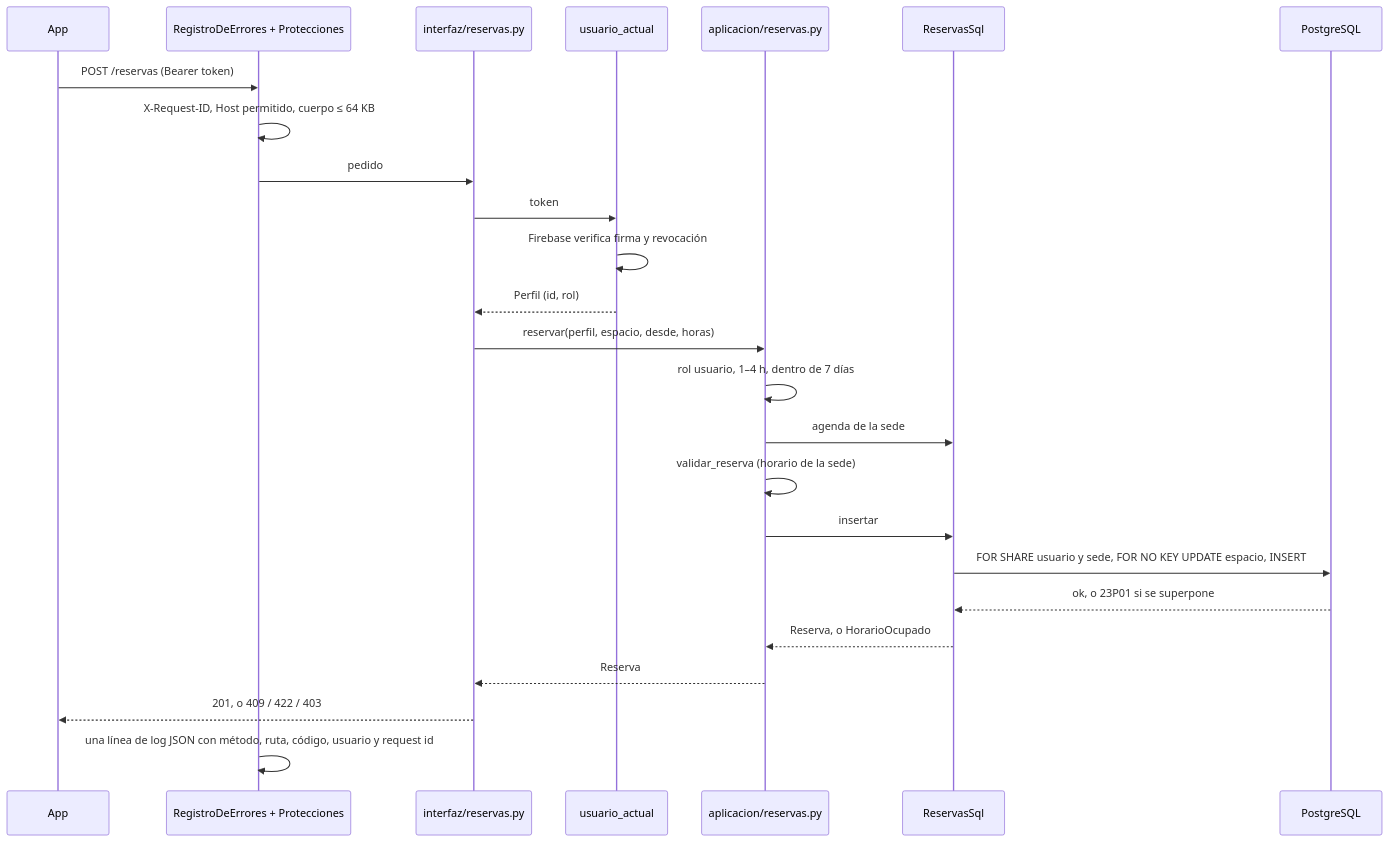
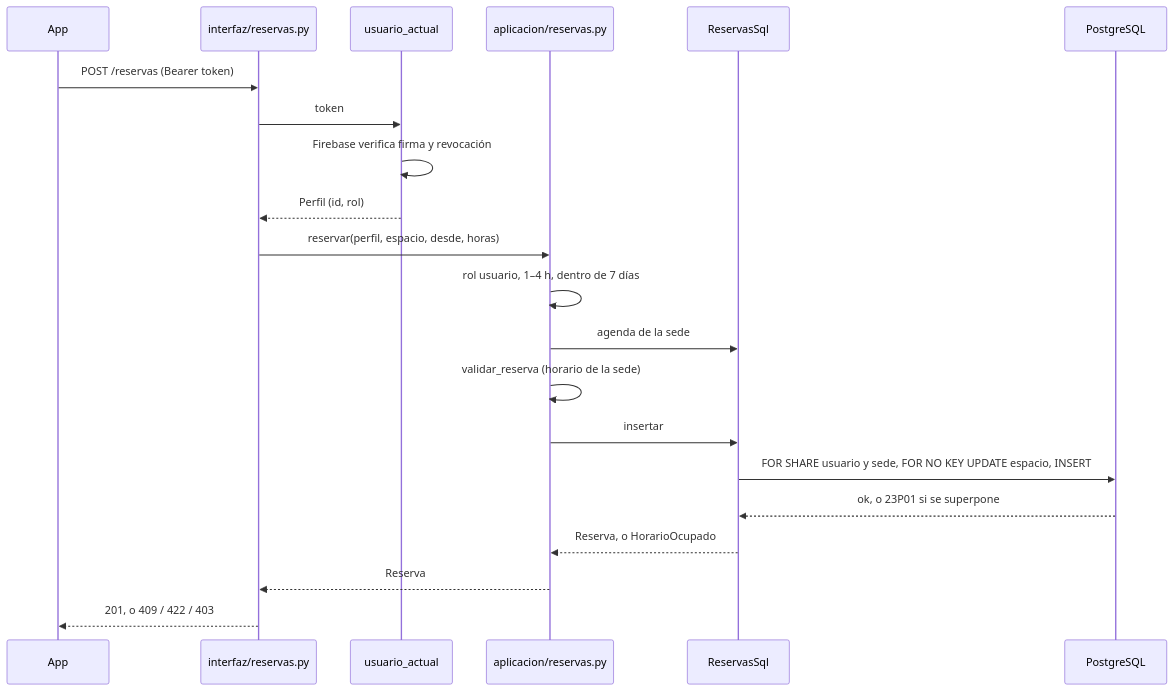
One commit to NahuelMosse/ClubNahuelMosse changed the third of 7 diagrams in docs/technical/arquitectura.md. Above: the diagram before and after it, drawn with Mermaid. The commit also changed other lines of this file and 2 other files, not shown here.

Commit message:
SIM-01: arquitectura, mapa del código y matriz ASVS sin lo retirado

````diff
--- a/docs/technical/arquitectura.md
+++ b/docs/technical/arquitectura.md
@@ -99,27 +98,23 @@
 ```mermaid
 sequenceDiagram
   participant App
-  participant MW as RegistroDeErrores + Protecciones
   participant Ruta as interfaz/reservas.py
   participant Auth as usuario_actual
   participant CU as aplicacion/reservas.py
   participant Repo as ReservasSql
   participant PG as PostgreSQL
-  App->>MW: POST /reservas (Bearer token)
-  MW->>MW: X-Request-ID, Host permitido, cuerpo ≤ 64 KB
-  MW->>Ruta: pedido
+  App->>Ruta: POST /reservas (Bearer token)
   Ruta->>Auth: token
   Auth->>Auth: Firebase verifica firma y revocación
   Auth-->>Ruta: Perfil (id, rol)
   Ruta->>CU: reservar(perfil, espacio, desde, horas)
   CU->>CU: rol usuario, 1–4 h, dentro de 7 días
   CU->>Repo: agenda de la sede
   CU->>CU: validar_reserva (horario de la sede)
   CU->>Repo: insertar
   Repo->>PG: FOR SHARE usuario y sede, FOR NO KEY UPDATE espacio, INSERT
   PG-->>Repo: ok, o 23P01 si se superpone
   Repo-->>CU: Reserva, o HorarioOcupado
   CU-->>Ruta: Reserva
   Ruta-->>App: 201, o 409 / 422 / 403
-  MW->>MW: una línea de log JSON con método, ruta, código, usuario y request id
 ```
````
